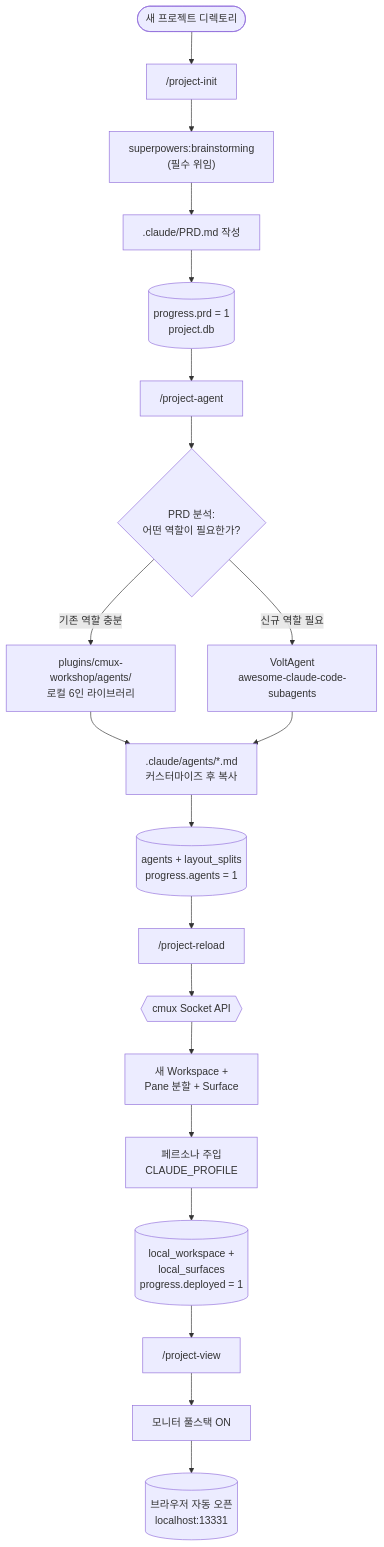
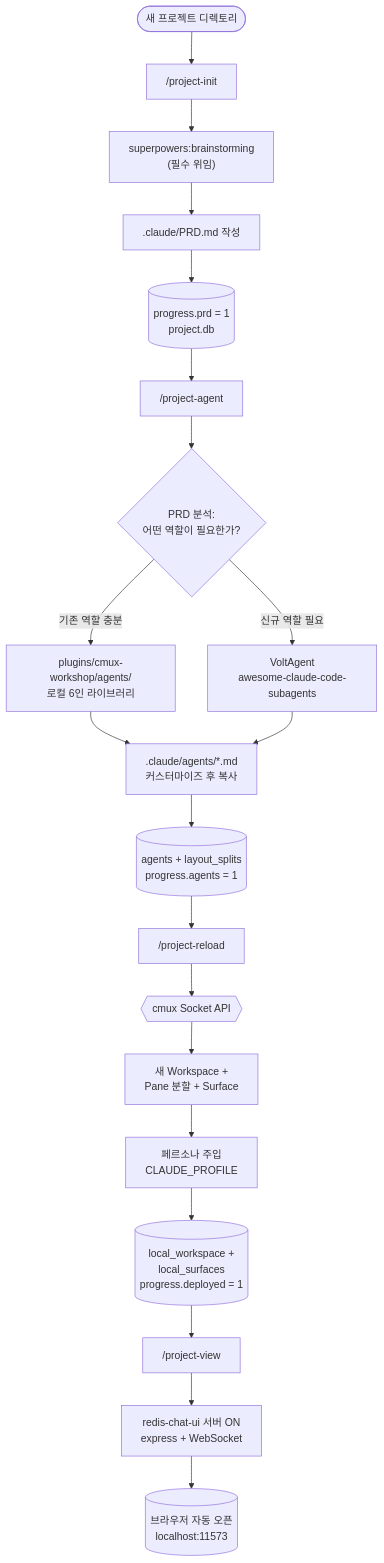
Before and after one commit to merong/cmux-workshop: the fourth of 10 diagrams in README-ko.md, drawn with Mermaid. The commit also changed other lines of this file and 81 other files, not shown here.

````diff
--- a/README-ko.md
+++ b/README-ko.md
@@ -225,45 +226,45 @@
 ```mermaid
 flowchart TD
     Start([새 프로젝트 디렉토리])
     Init["/project-init"]
     Brainstorm["superpowers:brainstorming<br/>(필수 위임)"]
     PRDFile[".claude/PRD.md 작성"]
     DBPhase1[("progress.prd = 1<br/>project.db")]
 
     Agent["/project-agent"]
     Personas{"PRD 분석:<br/>어떤 역할이 필요한가?"}
     LocalLib[plugins/cmux-workshop/agents/<br/>로컬 6인 라이브러리]
     VoltAgent[VoltAgent<br/>awesome-claude-code-subagents]
     AgentFiles[".claude/agents/*.md<br/>커스터마이즈 후 복사"]
     DBPhase2[("agents + layout_splits<br/>progress.agents = 1")]
 
     Reload["/project-reload"]
     CmuxAPI{{cmux Socket API}}
     NewPanes[새 Workspace +<br/>Pane 분할 + Surface]
     Inject[페르소나 주입<br/>CLAUDE_PROFILE]
     DBPhase3[("local_workspace +<br/>local_surfaces<br/>progress.deployed = 1")]
 
     View["/project-view"]
-    MonitorUp[모니터 풀스택 ON]
-    Browser[("브라우저 자동 오픈<br/>localhost:13331")]
+    MonitorUp[redis-chat-ui 서버 ON<br/>express + WebSocket]
+    Browser[("브라우저 자동 오픈<br/>localhost:11573")]
 
     Start --> Init
     Init --> Brainstorm
     Brainstorm --> PRDFile
     PRDFile --> DBPhase1
     DBPhase1 --> Agent
     Agent --> Personas
     Personas -->|"기존 역할 충분"| LocalLib
     Personas -->|"신규 역할 필요"| VoltAgent
     LocalLib --> AgentFiles
     VoltAgent --> AgentFiles
     AgentFiles --> DBPhase2
     DBPhase2 --> Reload
     Reload --> CmuxAPI
     CmuxAPI --> NewPanes
     NewPanes --> Inject
     Inject --> DBPhase3
     DBPhase3 --> View
     View --> MonitorUp
     MonitorUp --> Browser
 ```
````
